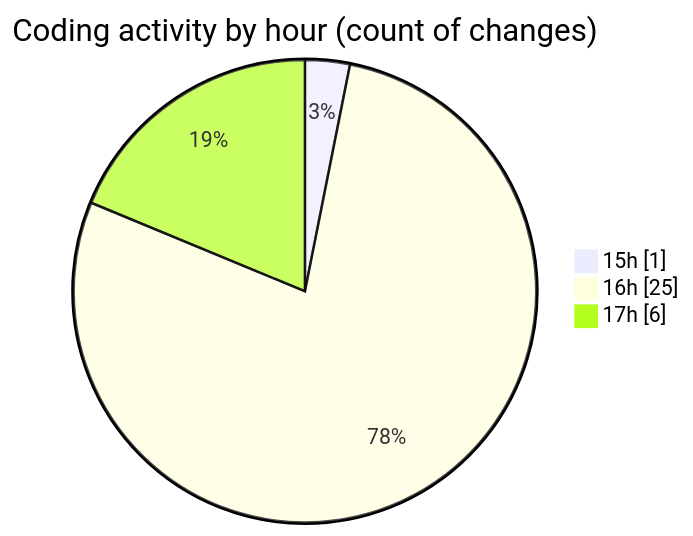
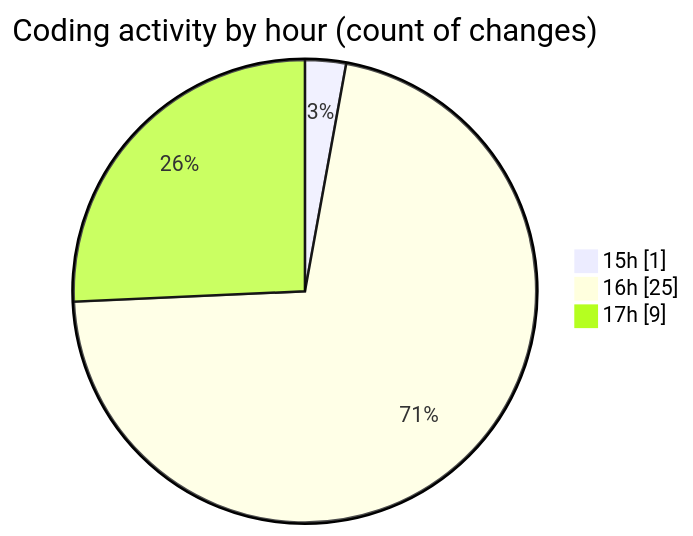
One commit to EIIisD/code-tracking changed the second of 2 diagrams in 2025-07-21/fish/README.md. Above: the diagram before and after it, drawn with Mermaid. The commit also changed other lines of this file and 1 other file, not shown here.

````diff
--- a/2025-07-21/fish/README.md
+++ b/2025-07-21/fish/README.md
@@ -35,7 +35,7 @@
 ```mermaid
 pie showData
 title Coding activity by hour (count of changes)
 "15h" : 1
 "16h" : 25
-"17h" : 6
+"17h" : 9
 ```
````
